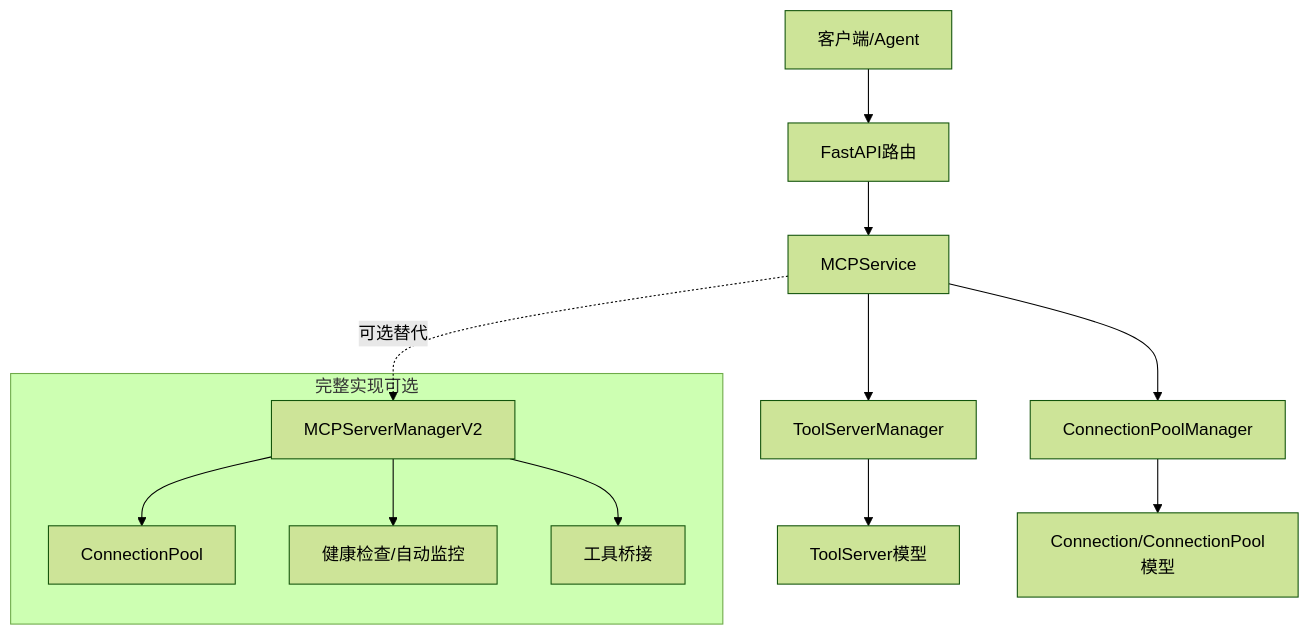
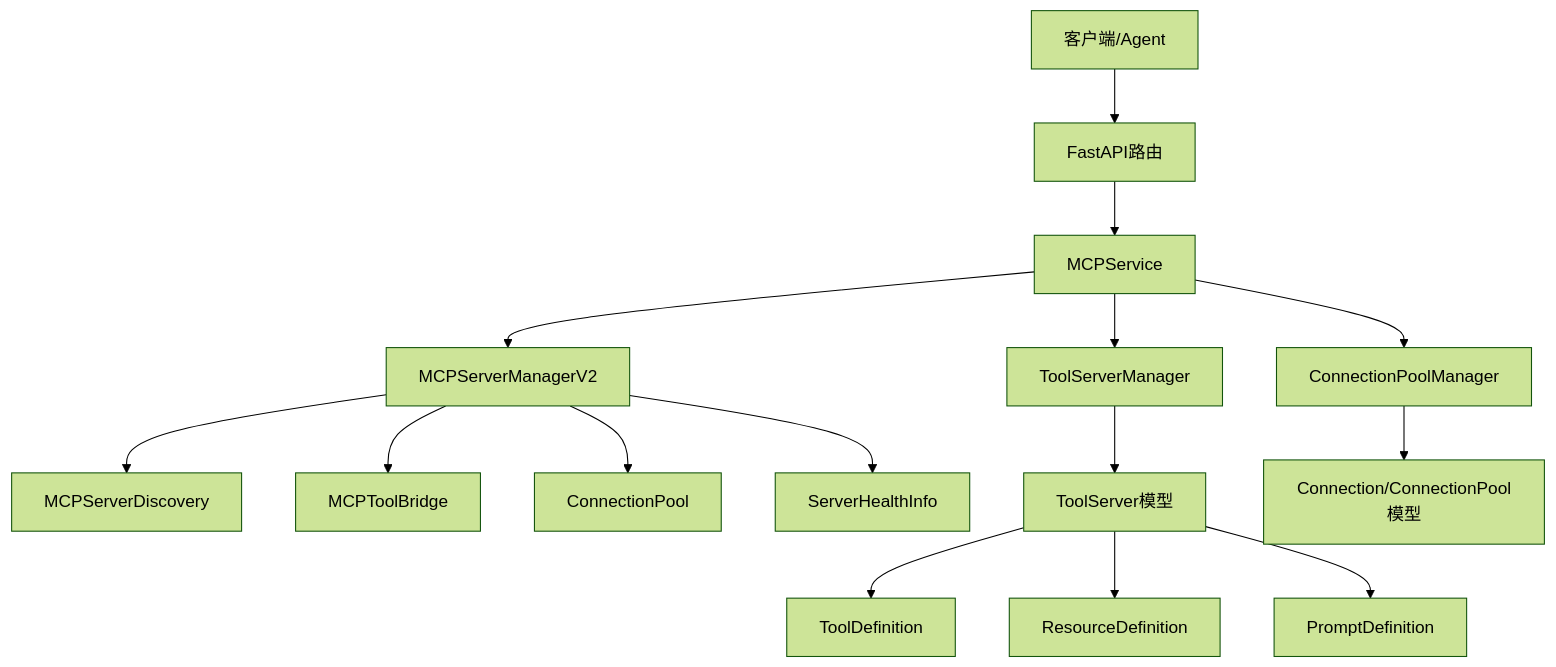
One commit to inier/ontology-graphiti changed the second of 8 diagrams in .qoder/repowiki/zh/content/后端服务/业务领域服务/集成服务/MCP协议适配器.md. Above: the diagram before and after it, drawn with Mermaid (forest theme). The commit also changed other lines of this file and 8 other files, not shown here.

````diff
--- a/.qoder/repowiki/zh/content/后端服务/业务领域服务/集成服务/MCP协议适配器.md
+++ b/.qoder/repowiki/zh/content/后端服务/业务领域服务/集成服务/MCP协议适配器.md
@@ -114,19 +142,17 @@
 ```mermaid
 graph TB
 Client["客户端/Agent"] --> API["FastAPI路由"]
 API --> SVC["MCPService"]
 SVC --> SM["ToolServerManager"]
 SVC --> CP["ConnectionPoolManager"]
+SVC --> V2["MCPServerManagerV2"]
+V2 --> DIS["MCPServerDiscovery"]
+V2 --> BRIDGE["MCPToolBridge"]
+V2 --> POOL["ConnectionPool"]
+V2 --> HC["ServerHealthInfo"]
 SM --> TS["ToolServer模型"]
 CP --> CONN["Connection/ConnectionPool模型"]
-subgraph "完整实现可选"
-V2["MCPServerManagerV2"]
-CPV2["ConnectionPool"]
-HC["健康检查/自动监控"]
-BR["工具桥接"]
-end
-SVC -.可选替代.-> V2
-V2 --> CPV2
-V2 --> HC
-V2 --> BR
+TS --> TDEF["ToolDefinition"]
+TS --> RDEF["ResourceDefinition"]
+TS --> PDEF["PromptDefinition"]
 ```
````
